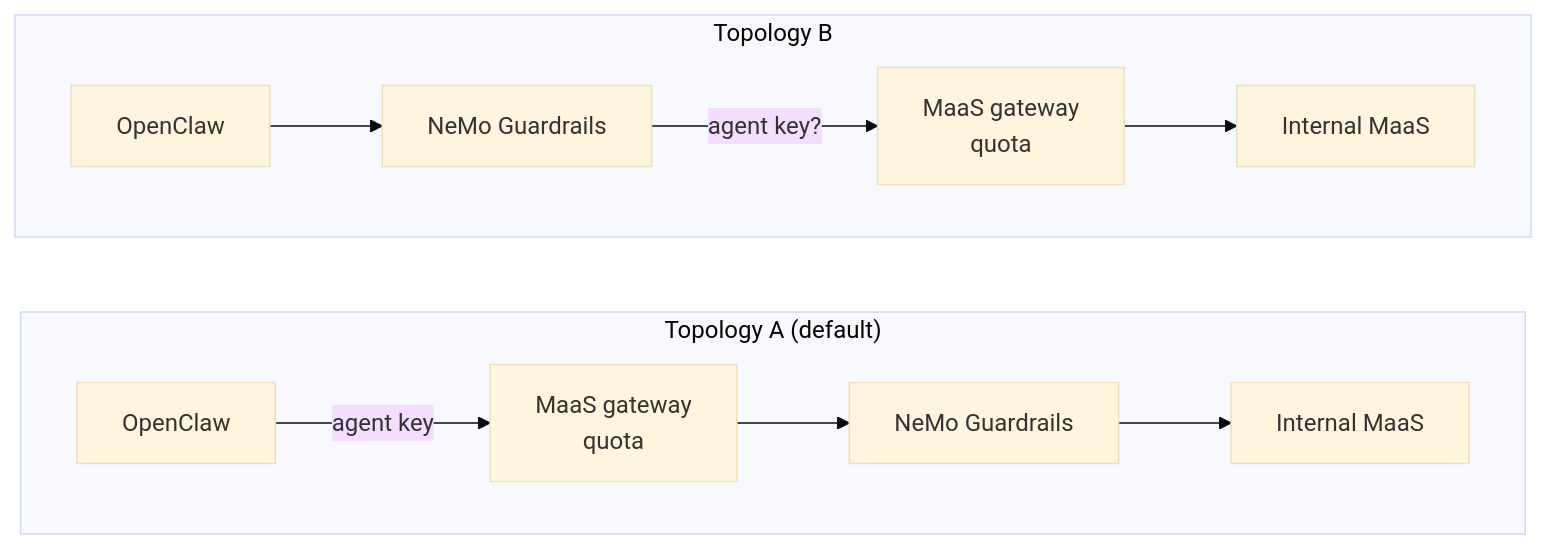
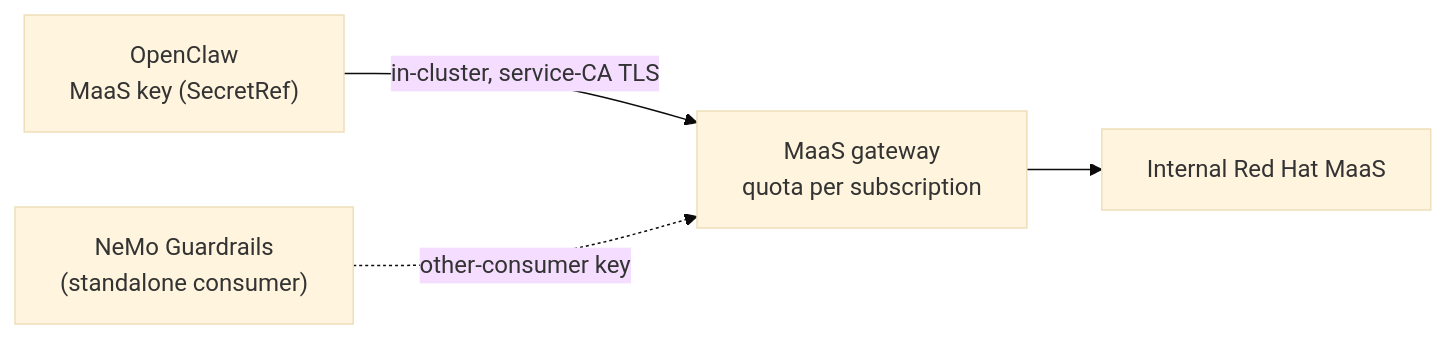
One commit to lccherri/openclaw-aiops-poc changed the third of 7 diagrams in docs/architecture.md. Above: the diagram before and after it, drawn with Mermaid (base theme). The commit also changed other lines of this file and 71 other files, not shown here.

````diff
--- a/docs/architecture.md
+++ b/docs/architecture.md
@@ -99,11 +106,5 @@
 ```mermaid
 flowchart LR
-    subgraph A["Topology A (default)"]
-        direction LR
-        OA[OpenClaw] -->|agent key| MA[MaaS gateway<br/>quota] --> GA[NeMo Guardrails] --> EA[Internal MaaS]
-    end
-    subgraph B["Topology B"]
-        direction LR
-        OB[OpenClaw] --> GB[NeMo Guardrails] -->|agent key?| MB[MaaS gateway<br/>quota] --> EB[Internal MaaS]
-    end
+    OC["OpenClaw<br/>MaaS key (SecretRef)"] -->|"in-cluster, service-CA TLS"| M["MaaS gateway<br/>quota per subscription"] --> E[Internal Red Hat MaaS]
+    G["NeMo Guardrails<br/>(standalone consumer)"] -.->|other-consumer key| M
 ```
````
